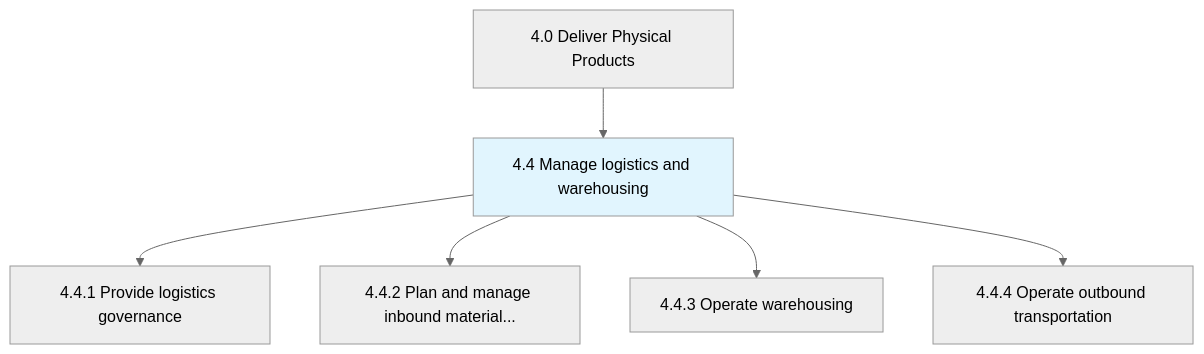
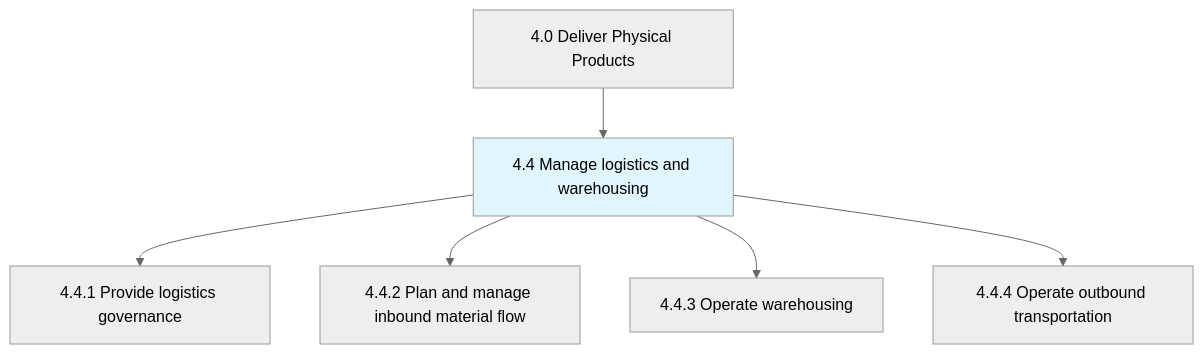
One commit to kziemski/business.org.ai changed the first of 2 diagrams in processes/04-Delivery/4.4-ManageLogisticsWarehousing/index.mdx. Above: the diagram before and after it, drawn with Mermaid (neutral theme). The commit also changed other lines of this file and 885 other files, not shown here.

````diff
--- a/processes/04-Delivery/4.4-ManageLogisticsWarehousing/index.mdx
+++ b/processes/04-Delivery/4.4-ManageLogisticsWarehousing/index.mdx
@@ -25,10 +25,10 @@
 ```mermaid
 graph TD
     C4["4.0 Deliver Physical Products"]
     C4 --> N4_4["4.4 Manage logistics and warehousing"]
     style N4_4 fill:#e1f5fe
     N4_4 --> N4_4_1["4.4.1 Provide logistics governance"]
-    N4_4 --> N4_4_2["4.4.2 Plan and manage inbound material..."]
+    N4_4 --> N4_4_2["4.4.2 Plan and manage inbound material flow"]
     N4_4 --> N4_4_3["4.4.3 Operate warehousing"]
     N4_4 --> N4_4_4["4.4.4 Operate outbound transportation"]
 ```
````
